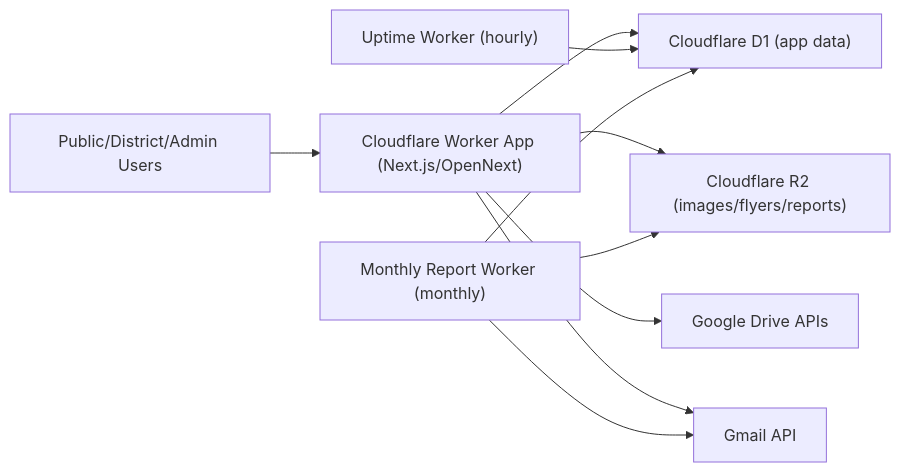
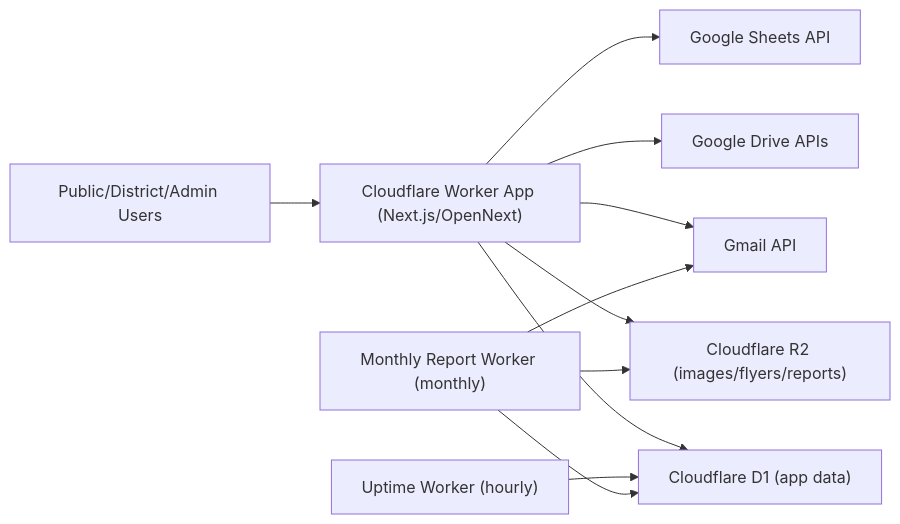
Before and after one commit to AA-Area36/area36-website: the diagram in docs/architecture.md, drawn with Mermaid. The commit also changed other lines of this file and 7 other files, not shown here.

````diff
--- a/docs/architecture.md
+++ b/docs/architecture.md
@@ -174,12 +178,13 @@
 ```mermaid
 flowchart LR
   User["Public/District/Admin Users"] --> App["Cloudflare Worker App (Next.js/OpenNext)"]
   App --> D1["Cloudflare D1 (app data)"]
   App --> R2["Cloudflare R2 (images/flyers/reports)"]
   App --> GDrive["Google Drive APIs"]
+  App --> GSheets["Google Sheets API"]
   App --> Gmail["Gmail API"]
   Uptime["Uptime Worker (hourly)"] --> D1
   Monthly["Monthly Report Worker (monthly)"] --> D1
   Monthly --> R2
   Monthly --> Gmail
 ```
````
